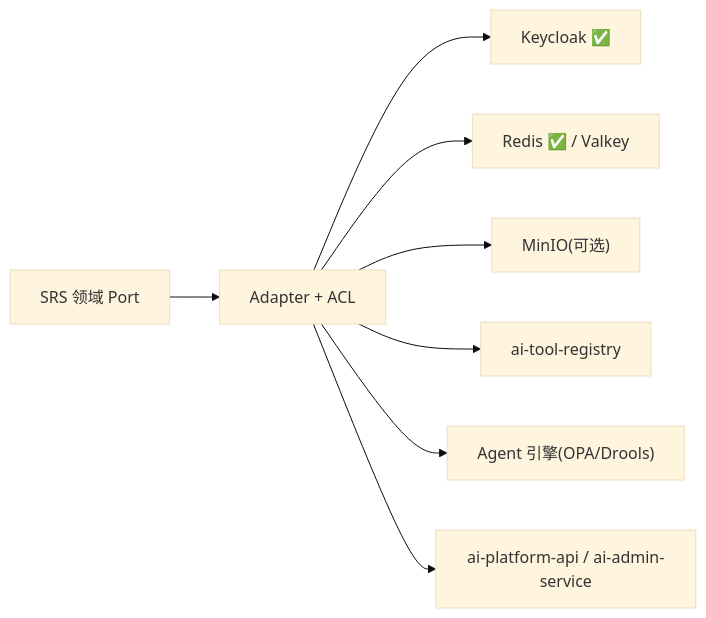
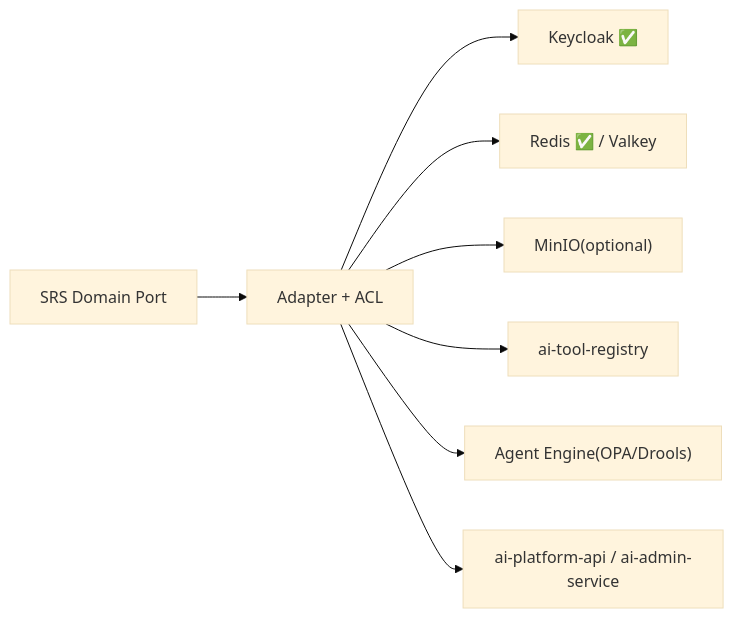
The third of 5 diagrams in design/DESIGN.md (open-strata-ai/ai-srs-service), drawn with Mermaid (base theme) before and after one commit. The commit also changed other lines of this file and 9 other files, not shown here.

````diff
--- a/design/DESIGN.md
+++ b/design/DESIGN.md
@@ -177,10 +177,10 @@
 ```mermaid
 graph LR
-    DOM["SRS 领域 Port"] --> ADAP["Adapter + ACL"]
+    DOM["SRS Domain Port"] --> ADAP["Adapter + ACL"]
     ADAP --> KC["Keycloak ✅"]
     ADAP --> RD["Redis ✅ / Valkey"]
-    ADAP --> OBJ["MinIO(可选)"]
+    ADAP --> OBJ["MinIO(optional)"]
     ADAP --> TR["ai-tool-registry"]
-    ADAP --> AG["Agent 引擎(OPA/Drools)"]
+    ADAP --> AG["Agent Engine(OPA/Drools)"]
     ADAP --> API2["ai-platform-api / ai-admin-service"]
 ```
````
